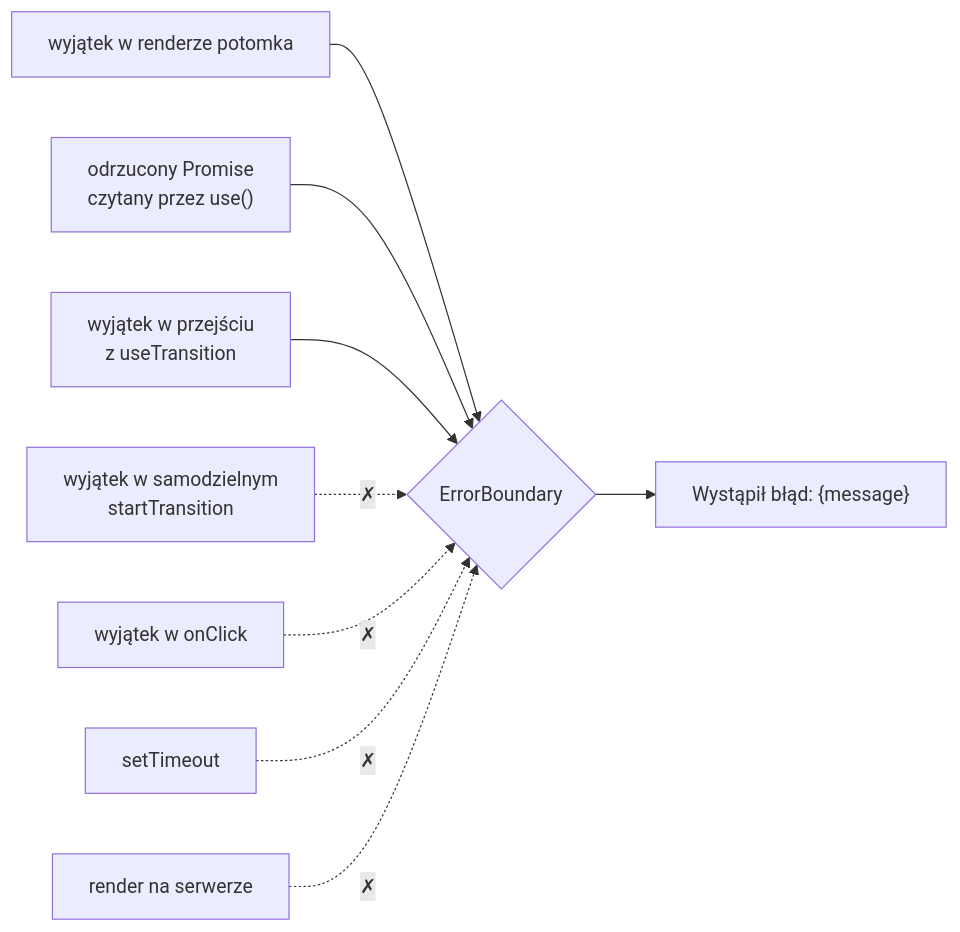
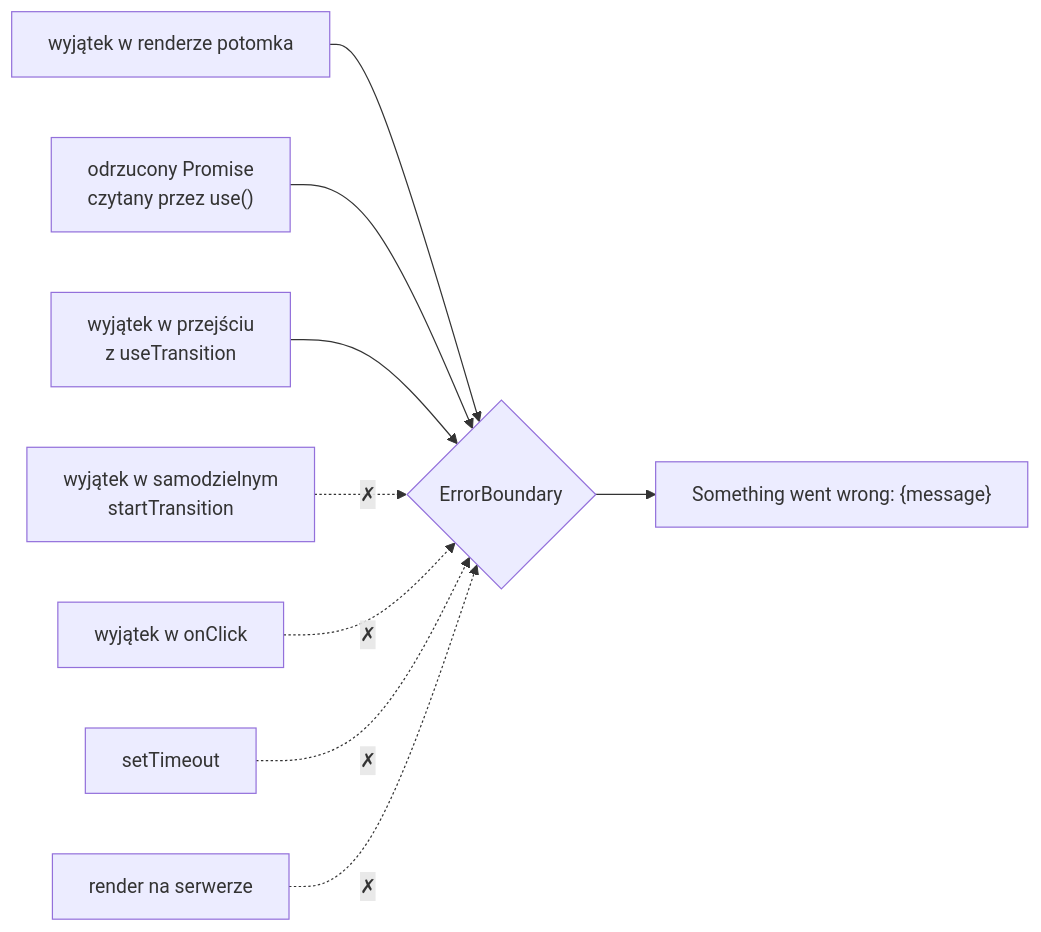
The diagram in lecture04/slides/slide_09_error-boundary.md (mmiotk/frontend-development-ug), drawn with Mermaid before and after one commit. The commit also changed other lines of this file and 127 other files, not shown here.

````diff
--- a/lecture04/slides/slide_09_error-boundary.md
+++ b/lecture04/slides/slide_09_error-boundary.md
@@ -138,12 +138,12 @@
 ```mermaid
 %%{init: {"flowchart": {"wrappingWidth": 360}}}%%
 flowchart LR
     R["wyjątek w renderze potomka"] --> EB{"ErrorBoundary"}
     P["odrzucony Promise<br/>czytany przez use()"] --> EB
     T["wyjątek w przejściu<br/>z useTransition"] --> EB
-    EB --> FB["Wystąpił błąd: {message}"]
+    EB --> FB["Something went wrong: {message}"]
     G["wyjątek w samodzielnym<br/>startTransition"] -. "✗" .-> EB
     H["wyjątek w onClick"] -. "✗" .-> EB
     A["setTimeout"] -. "✗" .-> EB
     S["render na serwerze"] -. "✗" .-> EB
 ```
````
